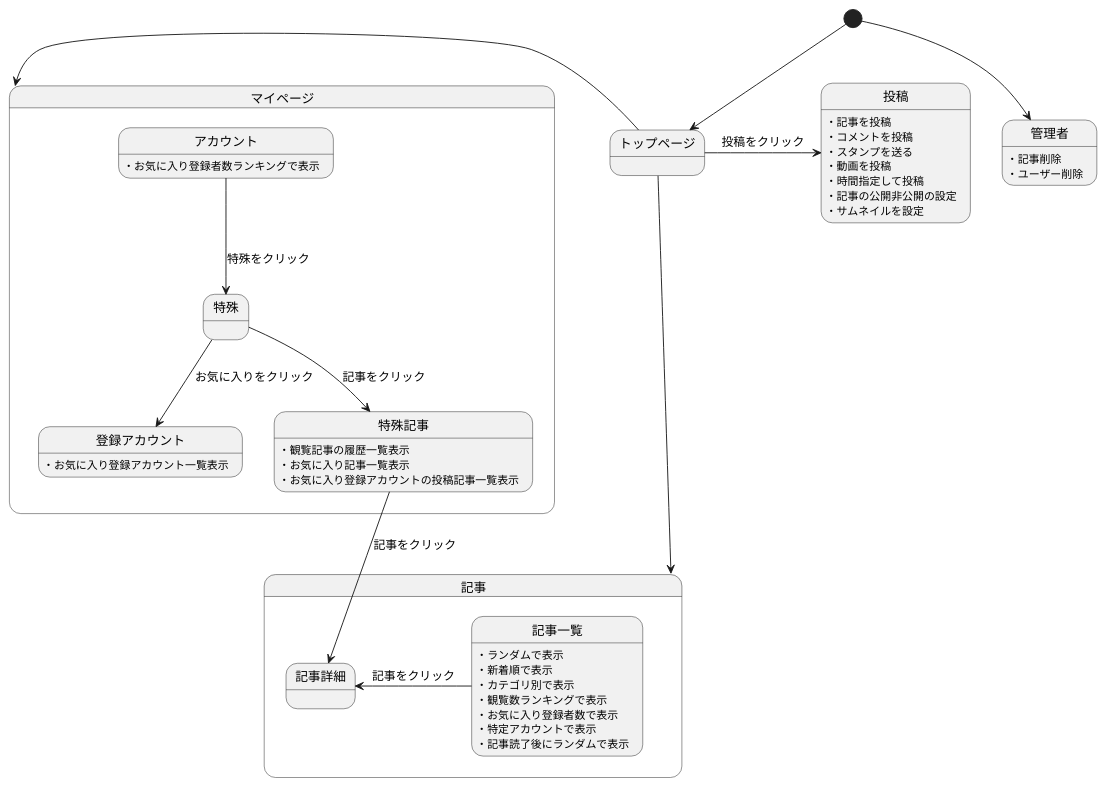
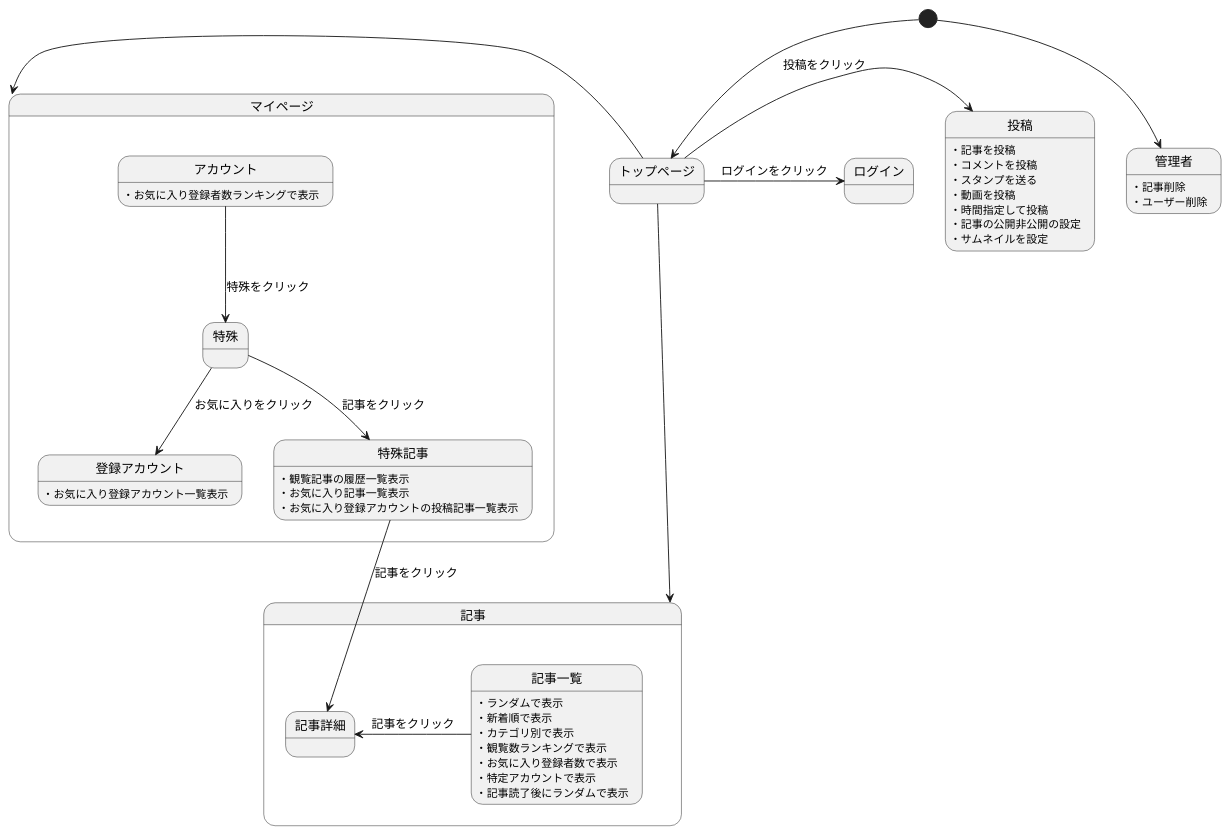
The diagram in 後期画面遷移.md (Aso2001001/2022System), drawn with PlantUML before and after one commit.

````diff
--- a/後期画面遷移.md
+++ b/後期画面遷移.md
@@ -1,56 +1,56 @@
 ```uml
 @startuml
 [*] --> トップページ
 
 
 トップページ -down-> 記事
 トップページ -left-> マイページ
 トップページ -> 投稿 : 投稿をクリック
 投稿:・記事を投稿
 投稿:・コメントを投稿
 投稿:・スタンプを送る
 投稿:・動画を投稿
 投稿:・時間指定して投稿
 投稿:・記事の公開非公開の設定
 投稿:・サムネイルを設定
 
-
+トップページ -> ログイン : ログインをクリック
 
 state 記事{
 記事一覧 -left-> 記事詳細 : 記事をクリック
 
 
 記事一覧:・ランダムで表示
 記事一覧:・新着順で表示
 記事一覧:・カテゴリ別で表示
 記事一覧:・観覧数ランキングで表示
 記事一覧:・お気に入り登録者数で表示
 記事一覧:・特定アカウントで表示
 記事一覧:・記事読了後にランダムで表示
 
 }
 
 state マイページ{
 
 アカウント -down-> 特殊 : 特殊をクリック
 特殊 -down-> 登録アカウント :お気に入りをクリック
 特殊 -down-> 特殊記事 :記事をクリック
 特殊記事 -down-> 記事詳細 :記事をクリック
 
 アカウント:・お気に入り登録者数ランキングで表示
 
 特殊記事:・観覧記事の履歴一覧表示
 特殊記事:・お気に入り記事一覧表示
 登録アカウント:・お気に入り登録アカウント一覧表示
 特殊記事:・お気に入り登録アカウントの投稿記事一覧表示
 
 }
 
 
 [*] --> 管理者
 管理者:・記事削除
 管理者:・ユーザー削除
 
 
 @enduml
 ```
````
